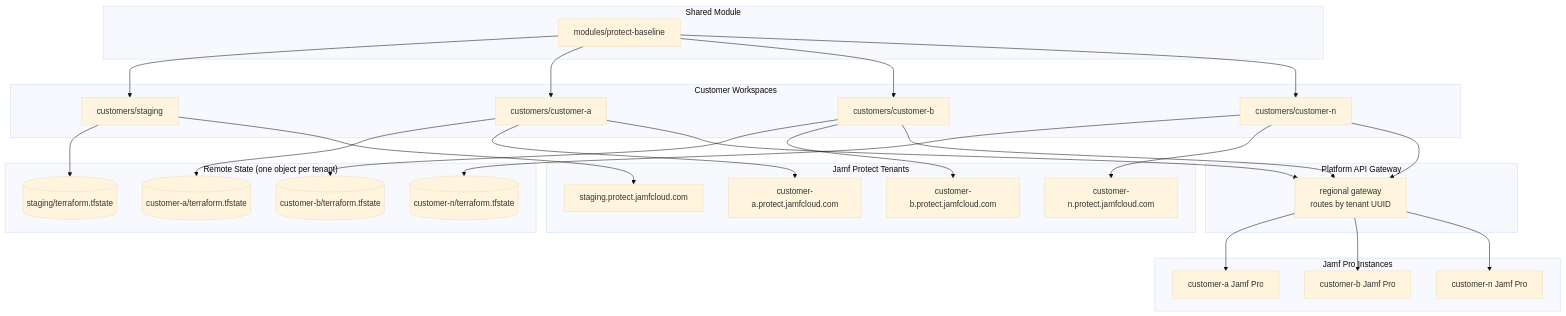
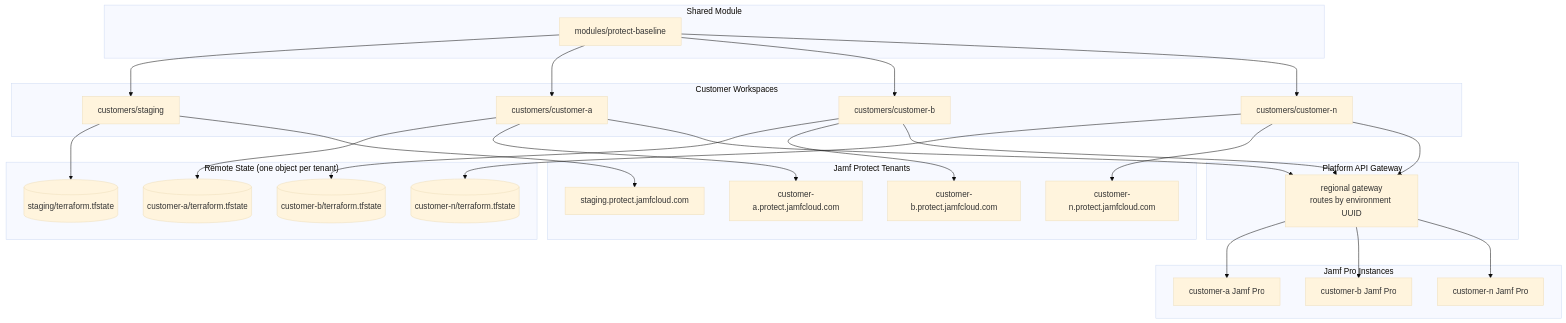
The first of 2 diagrams in README.md (Jamf-Concepts/terraform-jamf-platform), drawn with Mermaid (base theme) before and after one commit. The commit also changed other lines of this file and 17 other files, not shown here.

````diff
--- a/README.md
+++ b/README.md
@@ -81,60 +82,60 @@
 ```mermaid
 graph TB
     subgraph "Shared Module"
         M[modules/protect-baseline]
     end
 
     subgraph "Customer Workspaces"
         C0[customers/staging]
         C1[customers/customer-a]
         C2[customers/customer-b]
         C3[customers/customer-n]
     end
 
     subgraph "Remote State (one object per tenant)"
         S0[(staging/terraform.tfstate)]
         S1[(customer-a/terraform.tfstate)]
         S2[(customer-b/terraform.tfstate)]
         S3[(customer-n/terraform.tfstate)]
     end
 
     subgraph "Jamf Protect Tenants"
         T0[staging.protect.jamfcloud.com]
         T1[customer-a.protect.jamfcloud.com]
         T2[customer-b.protect.jamfcloud.com]
         T3[customer-n.protect.jamfcloud.com]
     end
 
     subgraph "Platform API Gateway"
-        G[regional gateway<br/>routes by tenant UUID]
+        G[regional gateway<br/>routes by environment UUID]
     end
 
     subgraph "Jamf Pro Instances"
         P1[customer-a Jamf Pro]
         P2[customer-b Jamf Pro]
         P3[customer-n Jamf Pro]
     end
 
     M --> C0
     M --> C1
     M --> C2
     M --> C3
 
     C0 --> S0
     C1 --> S1
     C2 --> S2
     C3 --> S3
 
     C0 --> T0
     C1 --> T1
     C2 --> T2
     C3 --> T3
 
     C1 --> G
     C2 --> G
     C3 --> G
 
     G --> P1
     G --> P2
     G --> P3
 ```
````
